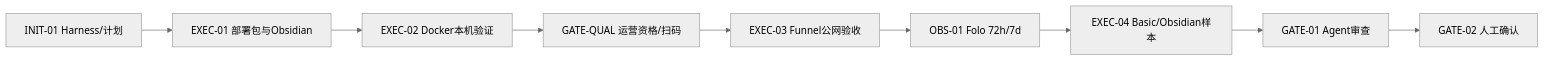
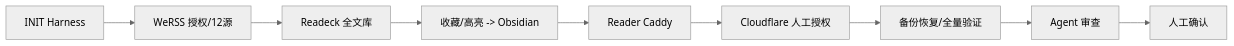
The first of 2 diagrams in coding-agent-harness/planning/tasks/2026-07-14-werss-folo-obsidian-7118a818/visual_map.md (summerchaserwwz/wechat-rss-reader), drawn with Mermaid (neutral theme) before and after one commit. The commit also changed other lines of this file and 54 other files, not shown here.

Commit message:
feat: replace Folo with self-hosted Readeck pipeline

````diff
--- a/coding-agent-harness/planning/tasks/2026-07-14-werss-folo-obsidian-7118a818/visual_map.md
+++ b/coding-agent-harness/planning/tasks/2026-07-14-werss-folo-obsidian-7118a818/visual_map.md
@@ -14,11 +7,11 @@
 ```mermaid
 flowchart LR
-  I["INIT-01 Harness/计划"] --> P["EXEC-01 部署包与Obsidian"]
-  P --> D["EXEC-02 Docker本机验证"]
-  D --> Q["GATE-QUAL 运营资格/扫码"]
-  Q --> F["EXEC-03 Funnel公网验收"]
-  F --> O["OBS-01 Folo 72h/7d"]
-  O --> B["EXEC-04 Basic/Obsidian样本"]
-  B --> R["GATE-01 Agent审查"]
-  R --> H["GATE-02 人工确认"]
+  I["INIT Harness"] --> W["WeRSS 授权/12源"]
+  W --> R["Readeck 全文库"]
+  R --> O["收藏/高亮 -> Obsidian"]
+  O --> C["Reader Caddy"]
+  C --> CF["Cloudflare 人工授权"]
+  CF --> B["备份恢复/全量验证"]
+  B --> V["Agent 审查"]
+  V --> H["人工确认"]
 ```
````
